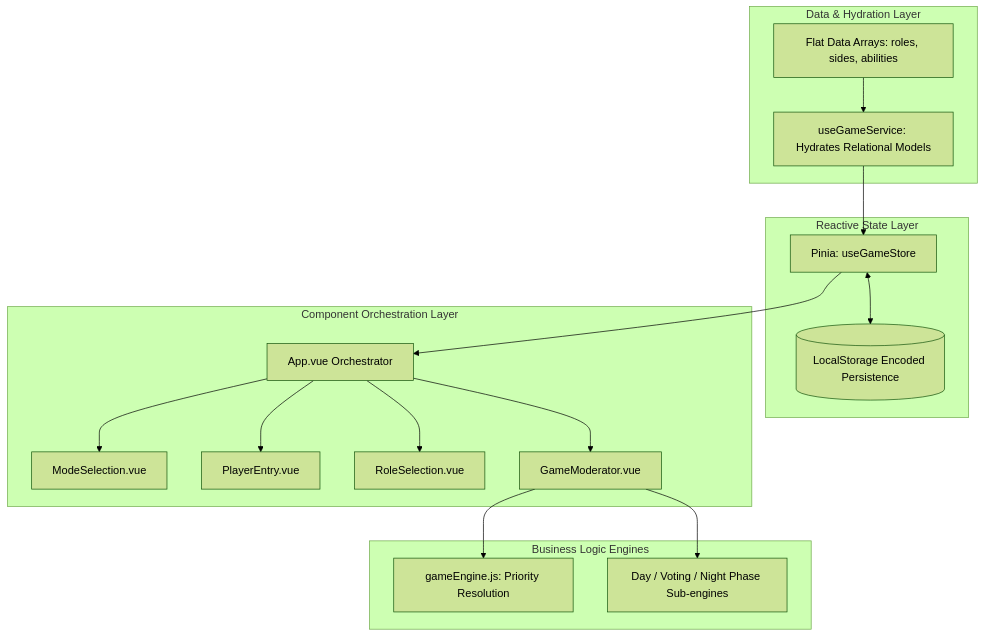
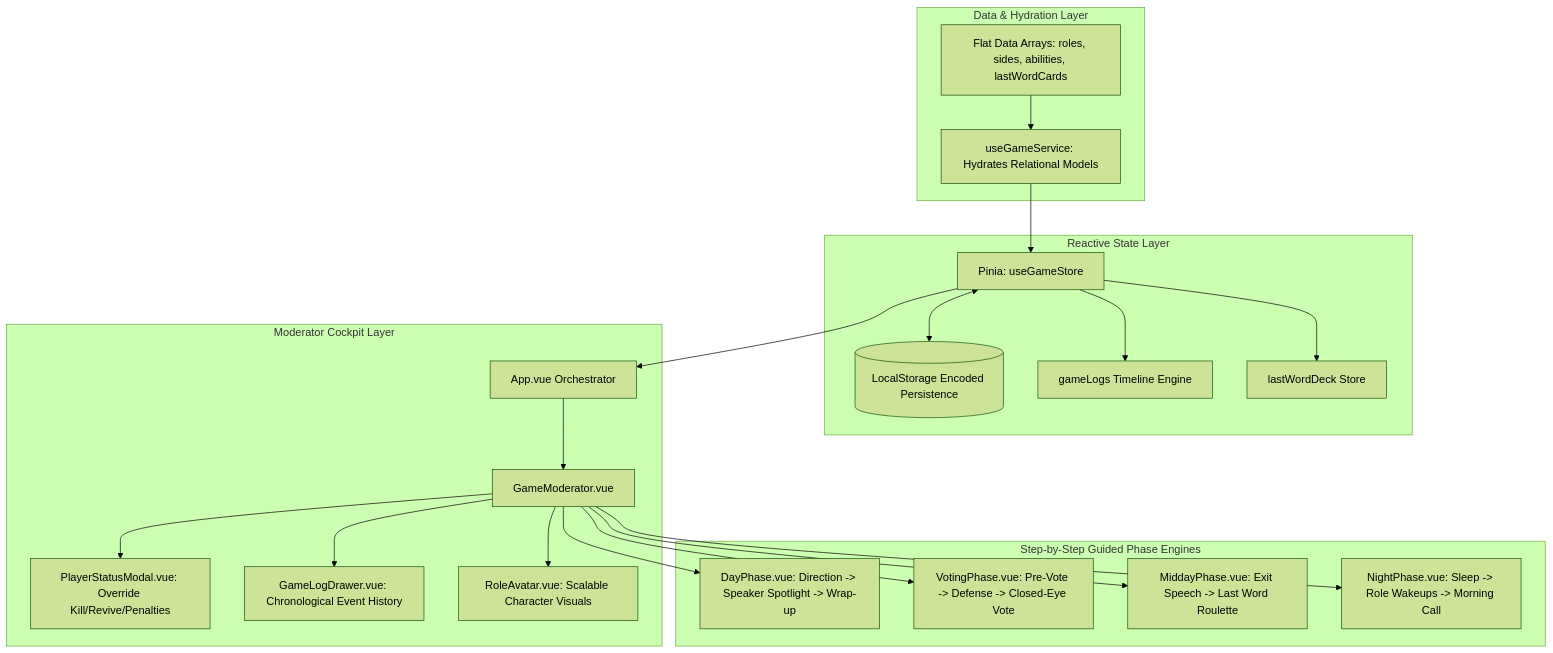
Before and after one commit to aheristchian/mpga: the diagram in docs/technology.md, drawn with Mermaid (forest theme). The commit also changed other lines of this file and 39 other files, not shown here.

Commit message:
feat: implement multiplayer p2p, web audio soundscapes, and game over modal

````diff
--- a/docs/technology.md
+++ b/docs/technology.md
@@ -66,24 +82,28 @@
 ```mermaid
 graph TD
     subgraph Data & Hydration Layer
-        D1[Flat Data Arrays: roles, sides, abilities] --> S1[useGameService: Hydrates Relational Models]
+        D1[Flat Data Arrays: roles, sides, abilities, lastWordCards] --> S1[useGameService: Hydrates Relational Models]
     end
 
     subgraph Reactive State Layer
         S1 --> P1[Pinia: useGameStore]
         P1 <--> ST[(LocalStorage Encoded Persistence)]
+        P1 --> GL[gameLogs Timeline Engine]
+        P1 --> LW[lastWordDeck Store]
     end
 
-    subgraph Component Orchestration Layer
+    subgraph Moderator Cockpit Layer
         P1 --> APP[App.vue Orchestrator]
-        APP --> C1[ModeSelection.vue]
-        APP --> C2[PlayerEntry.vue]
-        APP --> C3[RoleSelection.vue]
-        APP --> C4[GameModerator.vue]
+        APP --> GM[GameModerator.vue]
+        GM --> PM[PlayerStatusModal.vue: Override Kill/Revive/Penalties]
+        GM --> LD[GameLogDrawer.vue: Chronological Event History]
+        GM --> RA[RoleAvatar.vue: Scalable Character Visuals]
     end
 
-    subgraph Business Logic Engines
-        C4 --> E1[gameEngine.js: Priority Resolution]
-        C4 --> E2[Day / Voting / Night Phase Sub-engines]
+    subgraph Step-by-Step Guided Phase Engines
+        GM --> DP[DayPhase.vue: Direction -> Speaker Spotlight -> Wrap-up]
+        GM --> VP[VotingPhase.vue: Pre-Vote -> Defense -> Closed-Eye Vote]
+        GM --> MP[MiddayPhase.vue: Exit Speech -> Last Word Roulette]
+        GM --> NP[NightPhase.vue: Sleep -> Role Wakeups -> Morning Call]
     end
 ```
````
